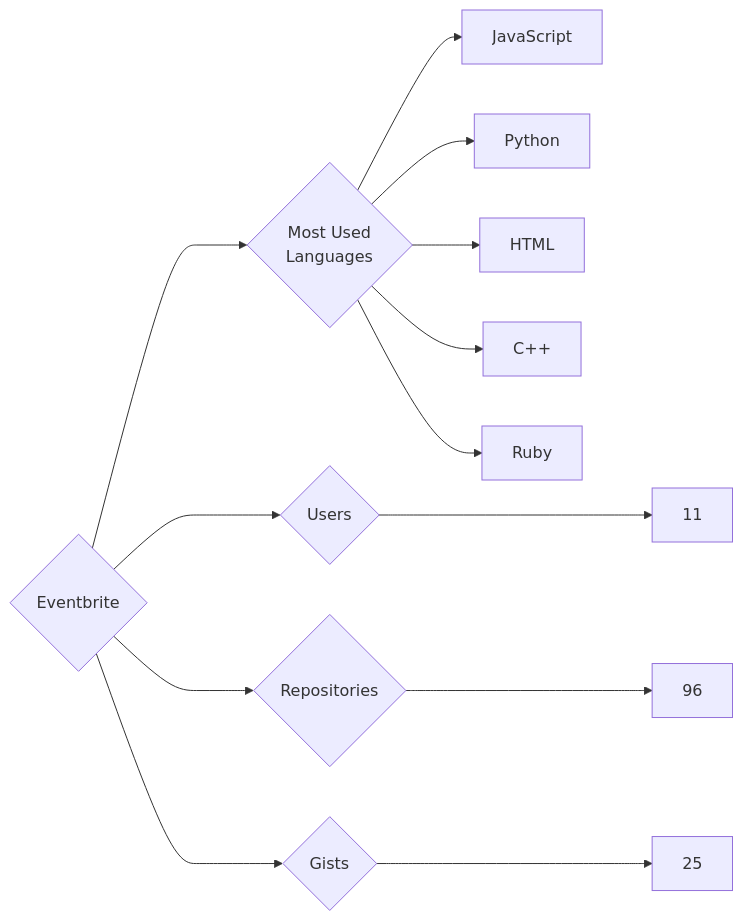
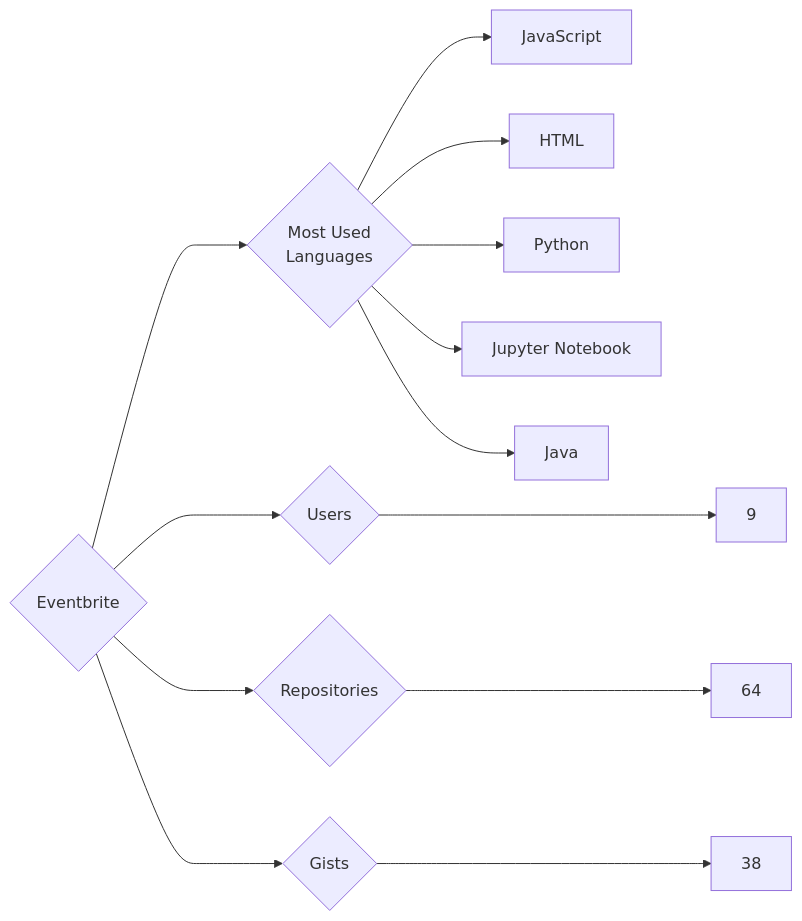
One commit to trickest/insiders changed the diagram in targets/Eventbrite/README.md. Above: the diagram before and after it, drawn with Mermaid. The commit also changed 1195 other files, not shown here.

````diff
--- a/targets/Eventbrite/README.md
+++ b/targets/Eventbrite/README.md
@@ -3,13 +3,13 @@
 ```mermaid
 graph LR
 COMPANY_NAME{Eventbrite}
-COMPANY_NAME ---> U{Users} ---> UN[11]
-COMPANY_NAME ---> R{Repositories} ---> RN[96]
-COMPANY_NAME ---> G{Gists} ---> GN[25]
+COMPANY_NAME ---> U{Users} ---> UN[9]
+COMPANY_NAME ---> R{Repositories} ---> RN[64]
+COMPANY_NAME ---> G{Gists} ---> GN[38]
 COMPANY_NAME ---> ML{Most Used<br>Languages}
 ML --> JavaScript[JavaScript]
+ML --> HTML[HTML]
 ML --> Python[Python]
-ML --> HTML[HTML]
-ML --> C++[C++]
-ML --> Ruby[Ruby]
+ML --> Jupyter_Notebook[Jupyter Notebook]
+ML --> Java[Java]
 ```
````
